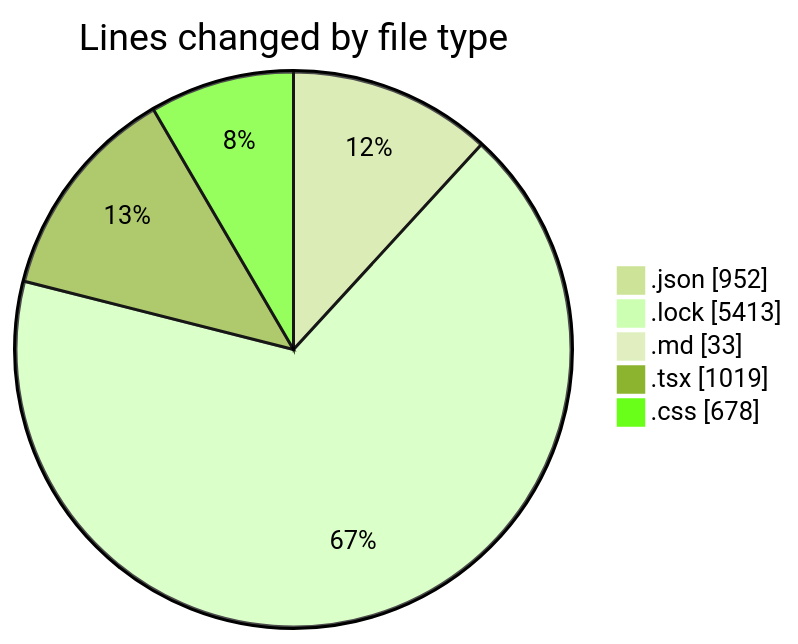
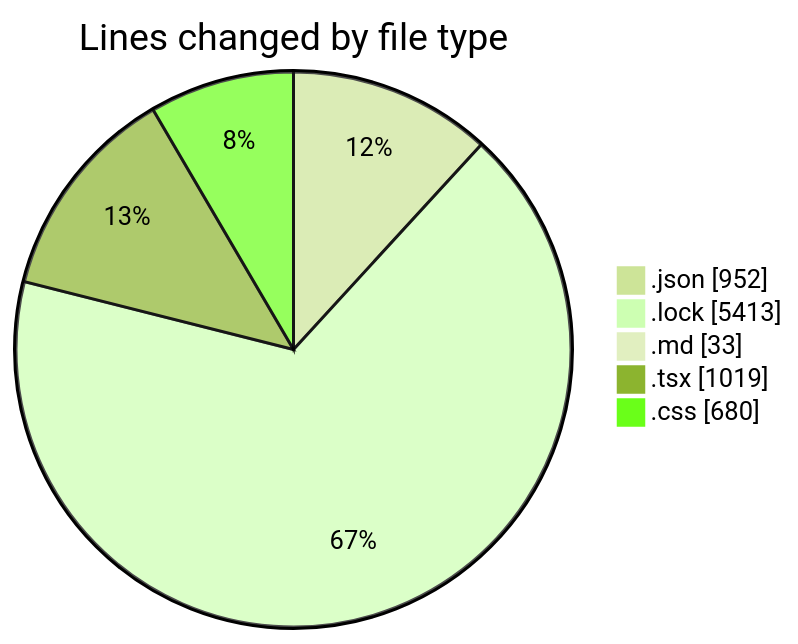
One commit to EIIisD/code-tracking changed the first of 2 diagrams in 2025-08-11/ribbon/README.md. Above: the diagram before and after it, drawn with Mermaid (forest theme). The commit also changed other lines of this file and 1 other file, not shown here.

````diff
--- a/2025-08-11/ribbon/README.md
+++ b/2025-08-11/ribbon/README.md
@@ -37,9 +37,9 @@
 ```mermaid
 pie showData
 title Lines changed by file type
 ".json" : 952
 ".lock" : 5413
 ".md" : 33
 ".tsx" : 1019
-".css" : 678
+".css" : 680
 ```
````
